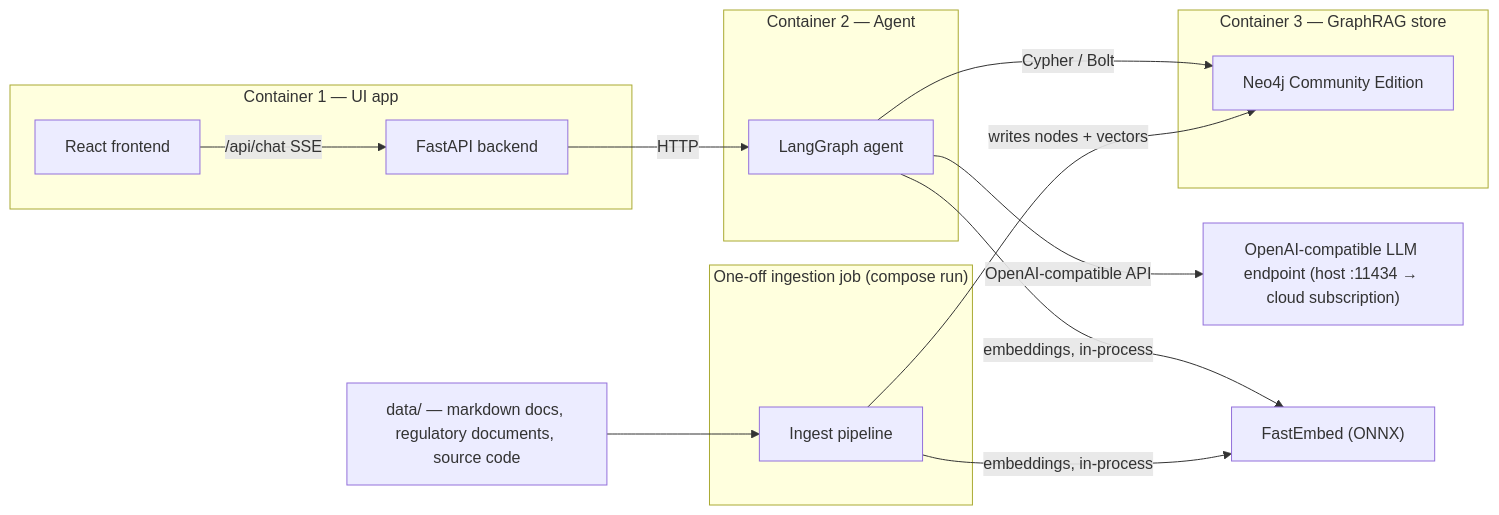
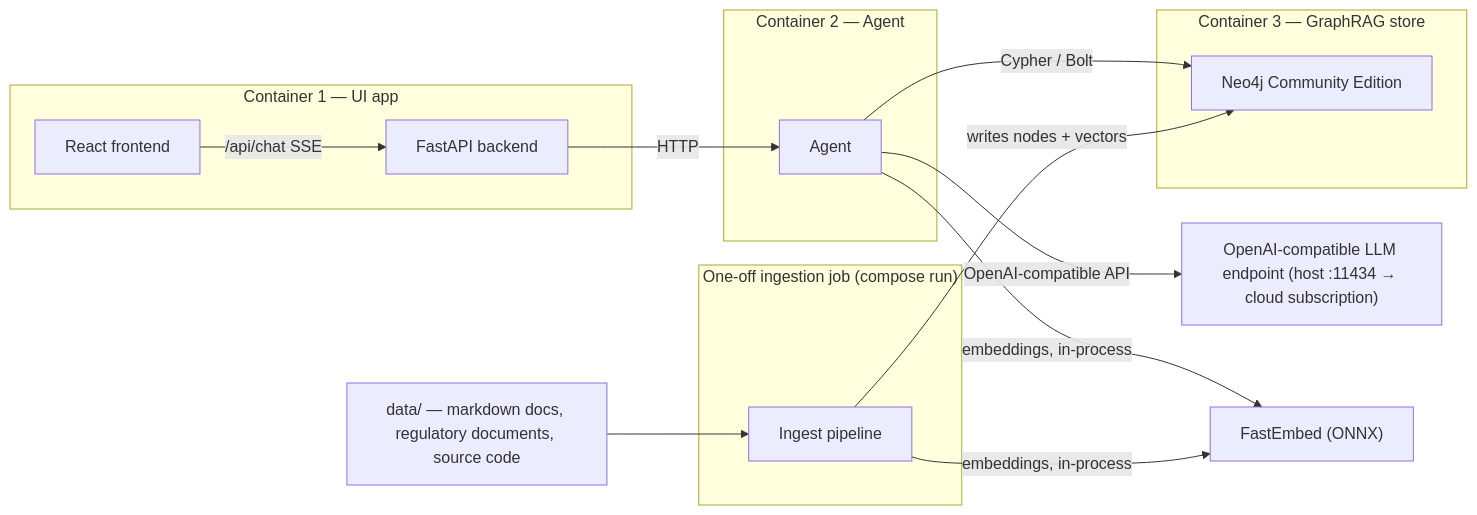
The first of 2 diagrams in README.md (tomconn/graphrag), drawn with Mermaid before and after one commit. The commit also changed other lines of this file and 4 other files, not shown here.

First line of the commit message:
Genericize Agent references in diagrams and explanations

````diff
--- a/README.md
+++ b/README.md
@@ -37,30 +37,30 @@
 ```mermaid
 flowchart LR
     subgraph ui["Container 1 — UI app"]
         REACT["React frontend"]
         FASTAPI["FastAPI backend"]
     end
 
     subgraph agent["Container 2 — Agent"]
-        LG["LangGraph agent"]
+        AGENT["Agent"]
     end
 
     subgraph neo4j["Container 3 — GraphRAG store"]
         N4J["Neo4j Community Edition"]
     end
 
     subgraph ingest["One-off ingestion job (compose run)"]
         ING["Ingest pipeline"]
     end
 
     CORPUS["data/ — markdown docs, regulatory documents, source code"]
 
     REACT -->|/api/chat SSE| FASTAPI
-    FASTAPI -->|HTTP| LG
-    LG -->|Cypher / Bolt| N4J
-    LG -->|OpenAI-compatible API| LLM["OpenAI-compatible LLM endpoint (host :11434 → cloud subscription)"]
-    LG -->|embeddings, in-process| EMB["FastEmbed (ONNX)"]
+    FASTAPI -->|HTTP| AGENT
+    AGENT -->|Cypher / Bolt| N4J
+    AGENT -->|OpenAI-compatible API| LLM["OpenAI-compatible LLM endpoint (host :11434 → cloud subscription)"]
+    AGENT -->|embeddings, in-process| EMB["FastEmbed (ONNX)"]
     ING -->|writes nodes + vectors| N4J
     ING -->|embeddings, in-process| EMB
     CORPUS --> ING
 ```
````
